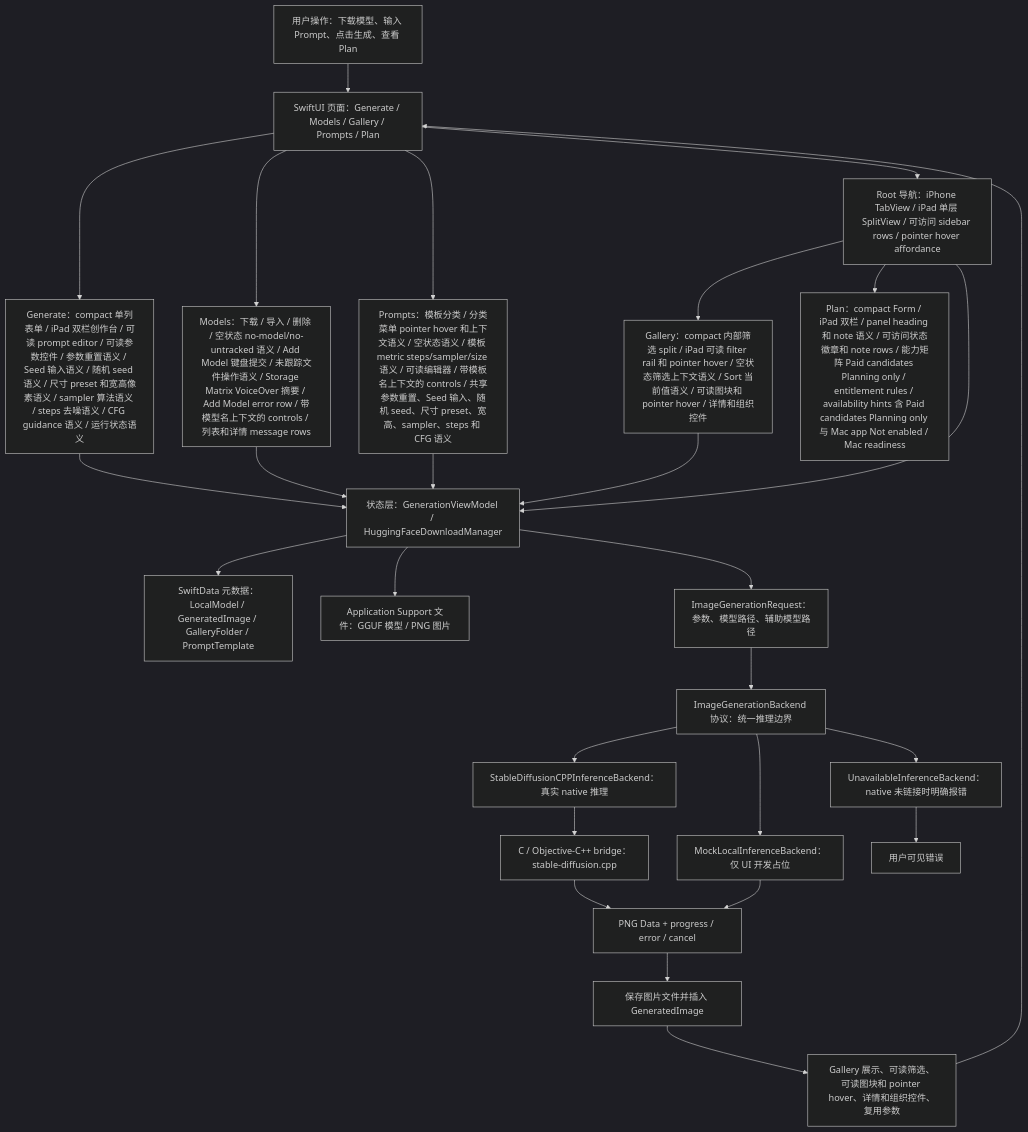
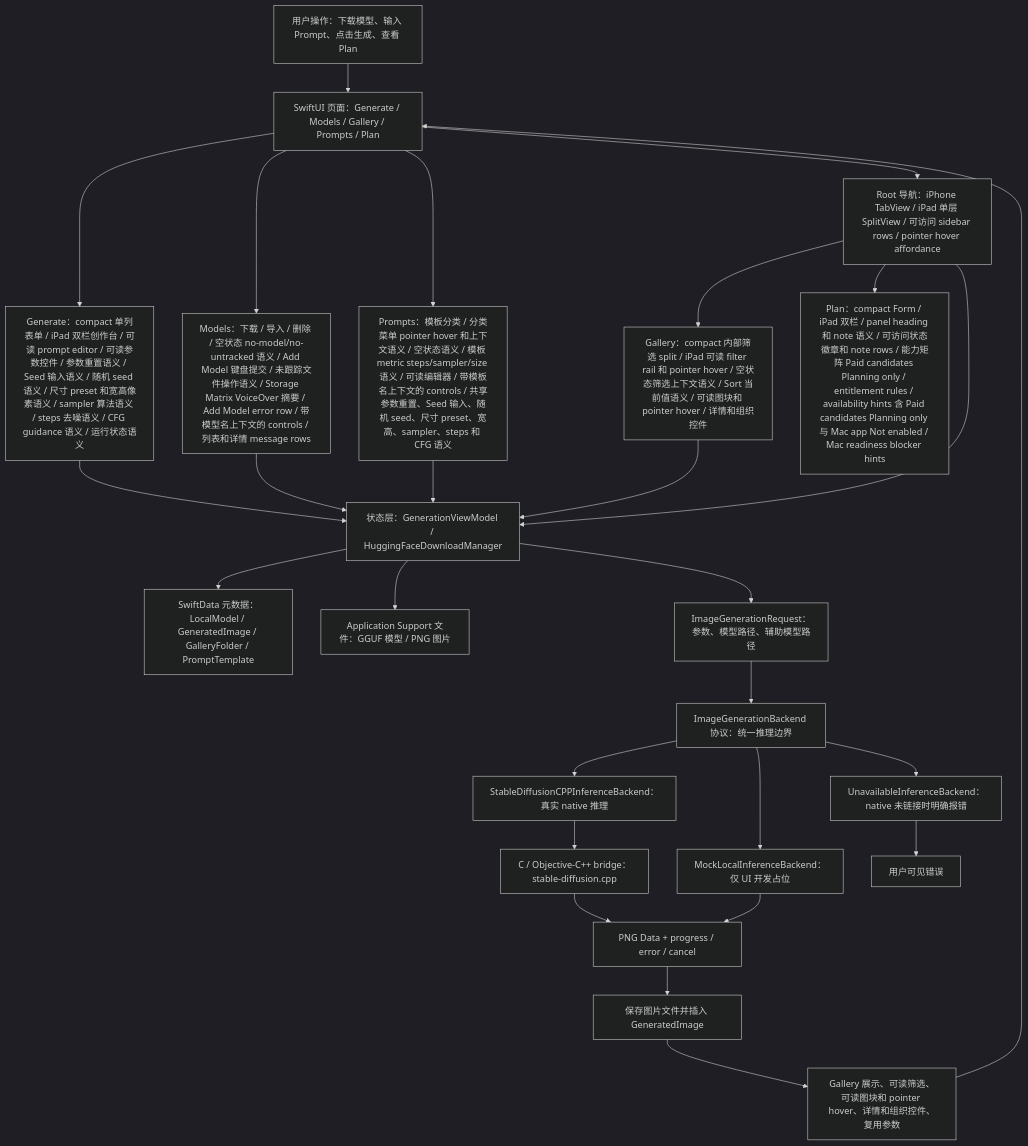
Before and after one commit to Altman-sam114/118: the first of 7 diagrams in md/flow/flowchart.md, drawn with Mermaid (dark theme). The commit also changed 5 other files, not shown here.

First line of the commit message:
v1.54: Plan Mac readiness accessibility

````diff
--- a/md/flow/flowchart.md
+++ b/md/flow/flowchart.md
@@ -9,29 +9,29 @@
 ```mermaid
 flowchart TD
   U["用户操作：下载模型、输入 Prompt、点击生成、查看 Plan"] --> UI["SwiftUI 页面：Generate / Models / Gallery / Prompts / Plan"]
   UI --> GENUI["Generate：compact 单列表单 / iPad 双栏创作台 / 可读 prompt editor / 可读参数控件 / 参数重置语义 / Seed 输入语义 / 随机 seed 语义 / 尺寸 preset 和宽高像素语义 / sampler 算法语义 / steps 去噪语义 / CFG guidance 语义 / 运行状态语义"]
   UI --> MODELUI["Models：下载 / 导入 / 删除 / 空状态 no-model/no-untracked 语义 / Add Model 键盘提交 / 未跟踪文件操作语义 / Storage Matrix VoiceOver 摘要 / Add Model error row / 带模型名上下文的 controls / 列表和详情 message rows"]
   UI --> PROMPTUI["Prompts：模板分类 / 分类菜单 pointer hover 和上下文语义 / 空状态语义 / 模板 metric steps/sampler/size 语义 / 可读编辑器 / 带模板名上下文的 controls / 共享参数重置、Seed 输入、随机 seed、尺寸 preset、宽高、sampler、steps 和 CFG 语义"]
   UI --> NAV["Root 导航：iPhone TabView / iPad 单层 SplitView / 可访问 sidebar rows / pointer hover affordance"]
   NAV --> GALUI["Gallery：compact 内部筛选 split / iPad 可读 filter rail 和 pointer hover / 空状态筛选上下文语义 / Sort 当前值语义 / 可读图块和 pointer hover / 详情和组织控件"]
-  NAV --> PLANUI["Plan：compact Form / iPad 双栏 / panel heading 和 note 语义 / 可访问状态徽章和 note rows / 能力矩阵 Paid candidates Planning only / entitlement rules / availability hints 含 Paid candidates Planning only 与 Mac app Not enabled / Mac readiness"]
+  NAV --> PLANUI["Plan：compact Form / iPad 双栏 / panel heading 和 note 语义 / 可访问状态徽章和 note rows / 能力矩阵 Paid candidates Planning only / entitlement rules / availability hints 含 Paid candidates Planning only 与 Mac app Not enabled / Mac readiness blocker hints"]
   NAV --> VM["状态层：GenerationViewModel / HuggingFaceDownloadManager"]
   GENUI --> VM
   MODELUI --> VM
   PROMPTUI --> VM
   GALUI --> VM
   VM --> SD["SwiftData 元数据：LocalModel / GeneratedImage / GalleryFolder / PromptTemplate"]
   VM --> FS["Application Support 文件：GGUF 模型 / PNG 图片"]
   VM --> REQ["ImageGenerationRequest：参数、模型路径、辅助模型路径"]
   REQ --> IFACE["ImageGenerationBackend 协议：统一推理边界"]
   IFACE --> NATIVE["StableDiffusionCPPInferenceBackend：真实 native 推理"]
   IFACE --> MOCK["MockLocalInferenceBackend：仅 UI 开发占位"]
   IFACE --> OFF["UnavailableInferenceBackend：native 未链接时明确报错"]
   NATIVE --> BRIDGE["C / Objective-C++ bridge：stable-diffusion.cpp"]
   BRIDGE --> PNG["PNG Data + progress / error / cancel"]
   MOCK --> PNG
   OFF --> ERR["用户可见错误"]
   PNG --> SAVE["保存图片文件并插入 GeneratedImage"]
   SAVE --> GALLERY["Gallery 展示、可读筛选、可读图块和 pointer hover、详情和组织控件、复用参数"]
   GALLERY --> UI
 ```
````
